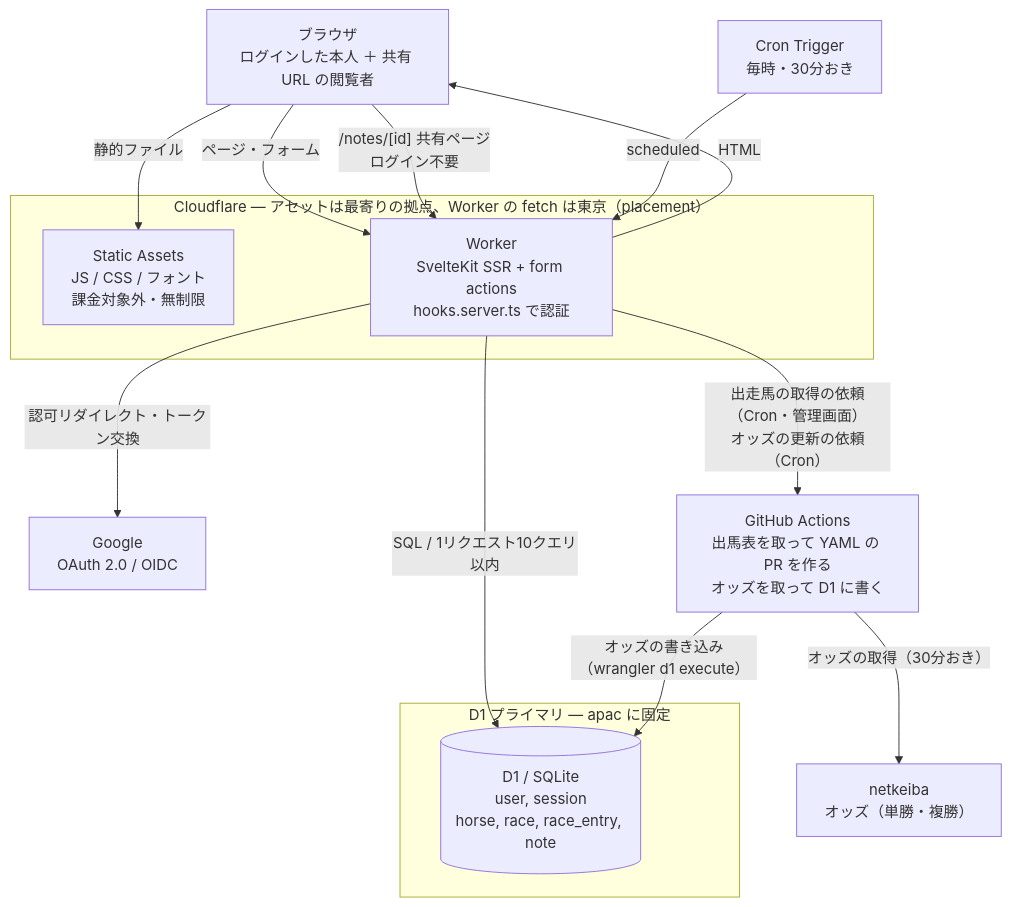
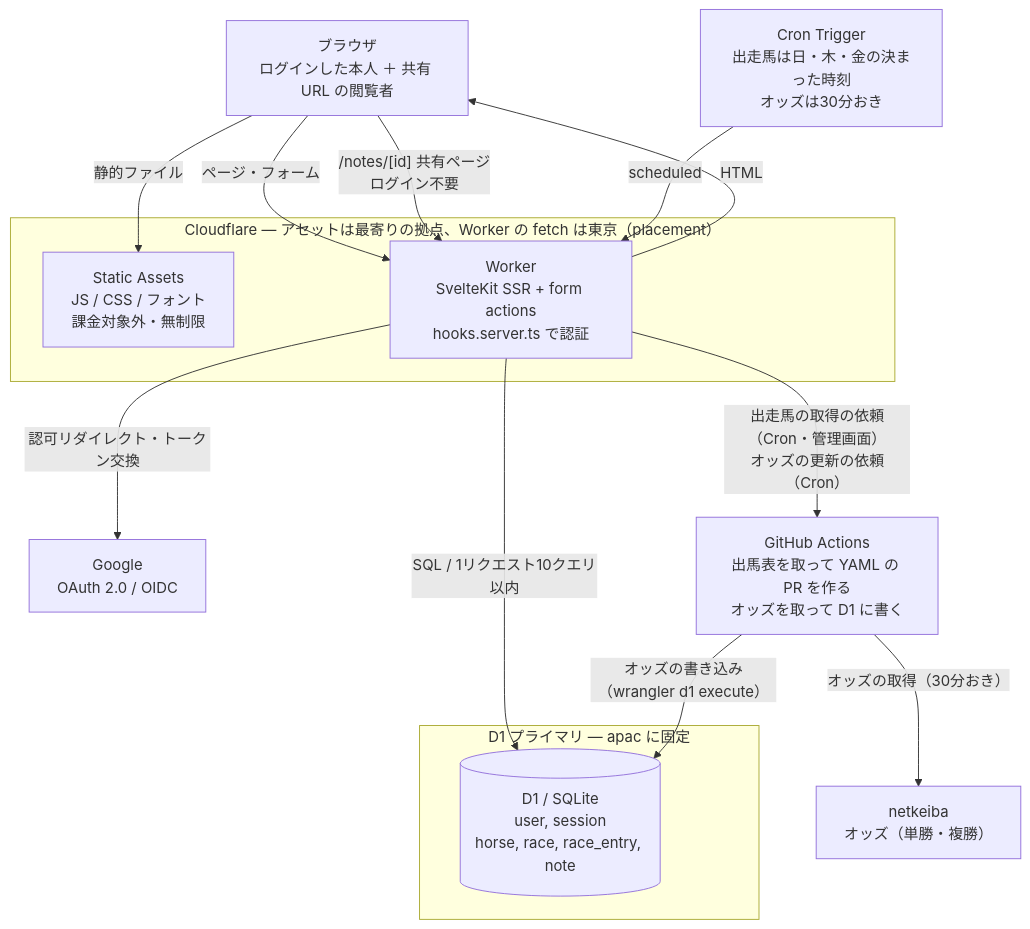
The first of 12 diagrams in docs/architecture.md (Atoyr/keiba-note), drawn with Mermaid before and after one commit. The commit also changed other lines of this file and 17 other files, not shown here.

````diff
--- a/docs/architecture.md
+++ b/docs/architecture.md
@@ -94,29 +95,29 @@
 ```mermaid
 flowchart TB
     U["ブラウザ<br/>ログインした本人 ＋ 共有 URL の閲覧者"]
 
     subgraph CF["Cloudflare — アセットは最寄りの拠点、Worker の fetch は東京（placement）"]
         A["Static Assets<br/>JS / CSS / フォント<br/>課金対象外・無制限"]
         W["Worker<br/>SvelteKit SSR + form actions<br/>hooks.server.ts で認証"]
     end
 
     subgraph APAC["D1 プライマリ — apac に固定"]
         D[("D1 / SQLite<br/>user, session<br/>horse, race, race_entry, note")]
     end
 
     G["Google<br/>OAuth 2.0 / OIDC"]
     N["netkeiba<br/>オッズ（単勝・複勝）"]
     GH["GitHub Actions<br/>出馬表を取って YAML の PR を作る<br/>オッズを取って D1 に書く"]
-    CR["Cron Trigger<br/>毎時・30分おき"]
+    CR["Cron Trigger<br/>出走馬は日・木・金の決まった時刻<br/>オッズは30分おき"]
 
     U -->|"静的ファイル"| A
     U -->|"ページ・フォーム"| W
     U -->|"/notes/[id] 共有ページ<br/>ログイン不要"| W
     W -->|"SQL / 1リクエスト10クエリ以内"| D
     W -->|"認可リダイレクト・トークン交換"| G
     W -->|"HTML"| U
     CR -->|"scheduled"| W
     W -->|"出走馬の取得の依頼（Cron・管理画面）<br/>オッズの更新の依頼（Cron）"| GH
     GH -->|"オッズの取得（30分おき）"| N
     GH -->|"オッズの書き込み（wrangler d1 execute）"| D
 ```
````
